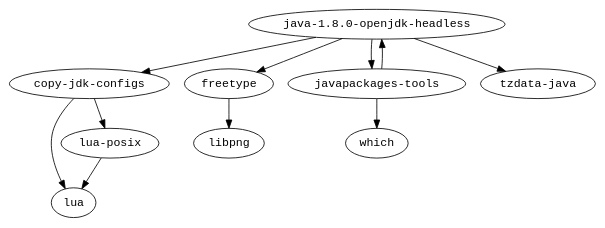
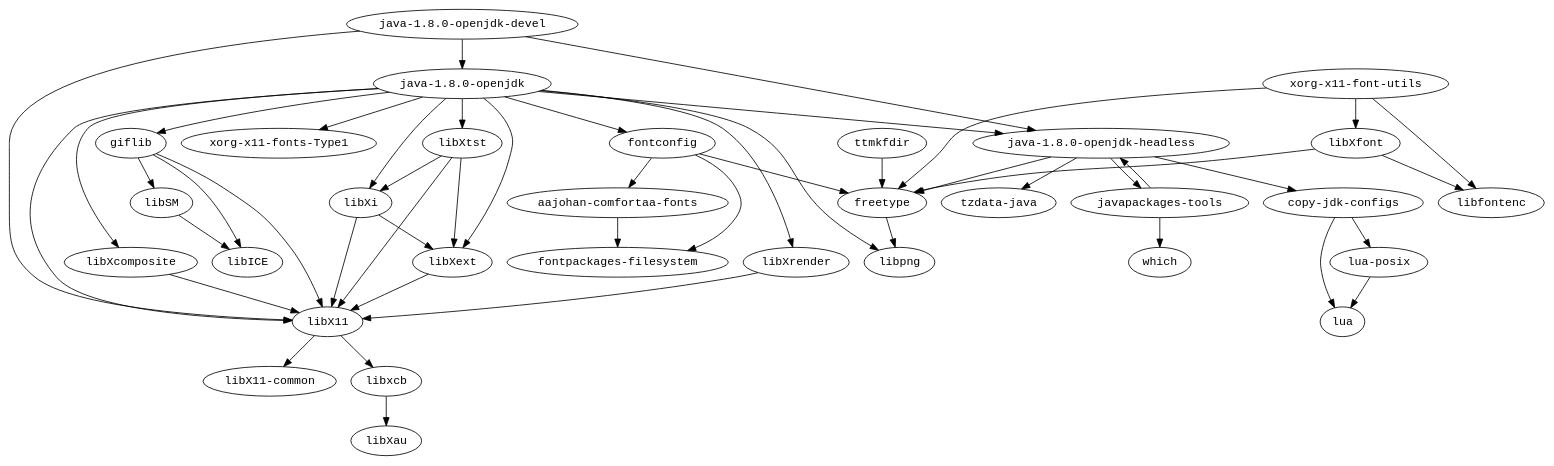
Before and after one commit to fedora-modularity/dependency-report: the diagram in modules/java/s390x/graph.dot, drawn with Graphviz. The commit also changed 1063 other files, not shown here.

```diff
--- a/modules/java/s390x/graph.dot
+++ b/modules/java/s390x/graph.dot
@@ -1,13 +1,52 @@
 strict digraph G {
 node [fontname=monospace];
+  "aajohan-comfortaa-fonts" -> "fontpackages-filesystem";
   "copy-jdk-configs" -> "lua";
   "copy-jdk-configs" -> "lua-posix";
+  "fontconfig" -> "aajohan-comfortaa-fonts";
+  "fontconfig" -> "fontpackages-filesystem";
+  "fontconfig" -> "freetype";
   "freetype" -> "libpng";
+  "giflib" -> "libICE";
+  "giflib" -> "libSM";
+  "giflib" -> "libX11";
+  "java-1.8.0-openjdk-devel" -> "java-1.8.0-openjdk";
+  "java-1.8.0-openjdk-devel" -> "java-1.8.0-openjdk-headless";
+  "java-1.8.0-openjdk-devel" -> "libX11";
+  "java-1.8.0-openjdk" -> "fontconfig";
+  "java-1.8.0-openjdk" -> "giflib";
   "java-1.8.0-openjdk-headless" -> "copy-jdk-configs";
   "java-1.8.0-openjdk-headless" -> "freetype";
   "java-1.8.0-openjdk-headless" -> "javapackages-tools";
   "java-1.8.0-openjdk-headless" -> "tzdata-java";
+  "java-1.8.0-openjdk" -> "java-1.8.0-openjdk-headless";
+  "java-1.8.0-openjdk" -> "libpng";
+  "java-1.8.0-openjdk" -> "libX11";
+  "java-1.8.0-openjdk" -> "libXcomposite";
+  "java-1.8.0-openjdk" -> "libXext";
+  "java-1.8.0-openjdk" -> "libXi";
+  "java-1.8.0-openjdk" -> "libXrender";
+  "java-1.8.0-openjdk" -> "libXtst";
+  "java-1.8.0-openjdk" -> "xorg-x11-fonts-Type1";
   "javapackages-tools" -> "java-1.8.0-openjdk-headless";
   "javapackages-tools" -> "which";
+  "libSM" -> "libICE";
+  "libX11" -> "libX11-common";
+  "libX11" -> "libxcb";
+  "libxcb" -> "libXau";
+  "libXcomposite" -> "libX11";
+  "libXext" -> "libX11";
+  "libXfont" -> "freetype";
+  "libXfont" -> "libfontenc";
+  "libXi" -> "libX11";
+  "libXi" -> "libXext";
+  "libXrender" -> "libX11";
+  "libXtst" -> "libX11";
+  "libXtst" -> "libXext";
+  "libXtst" -> "libXi";
   "lua-posix" -> "lua";
+  "ttmkfdir" -> "freetype";
+  "xorg-x11-font-utils" -> "freetype";
+  "xorg-x11-font-utils" -> "libfontenc";
+  "xorg-x11-font-utils" -> "libXfont";
 }
```
